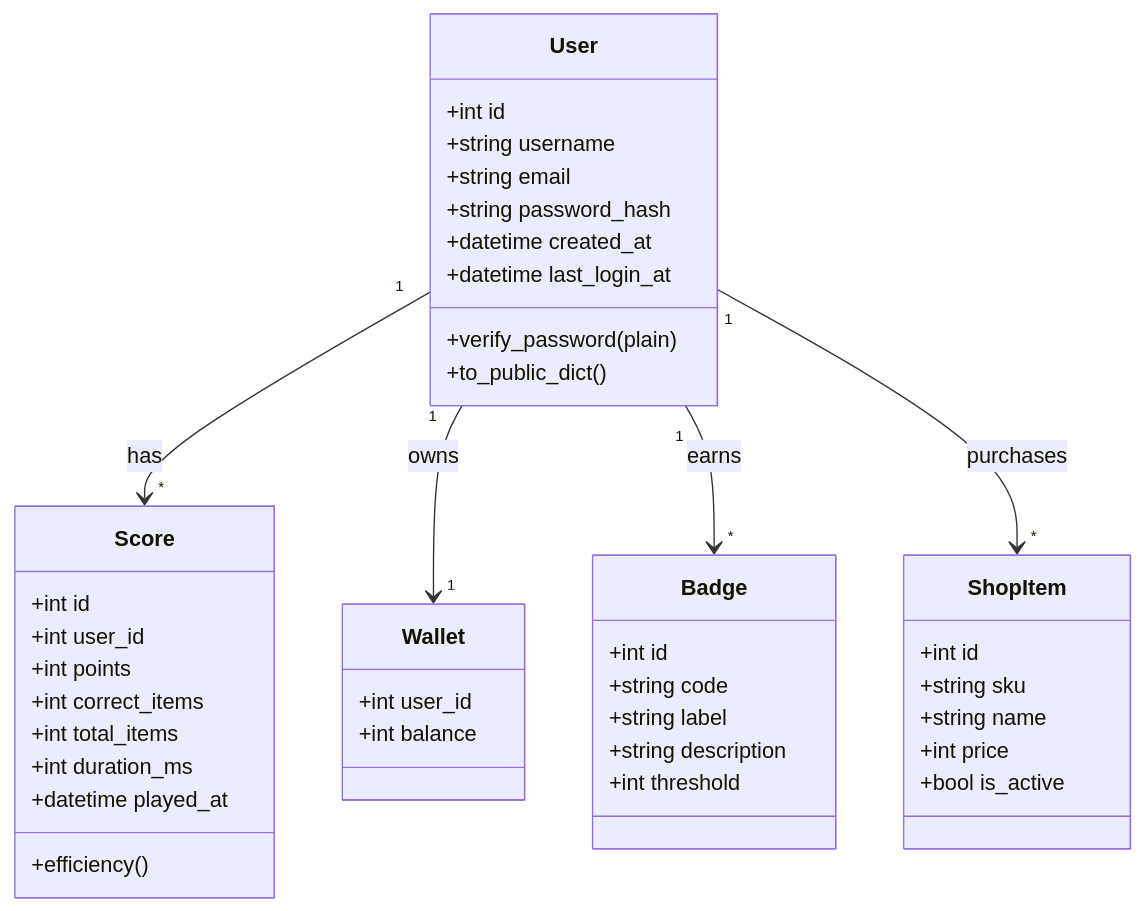
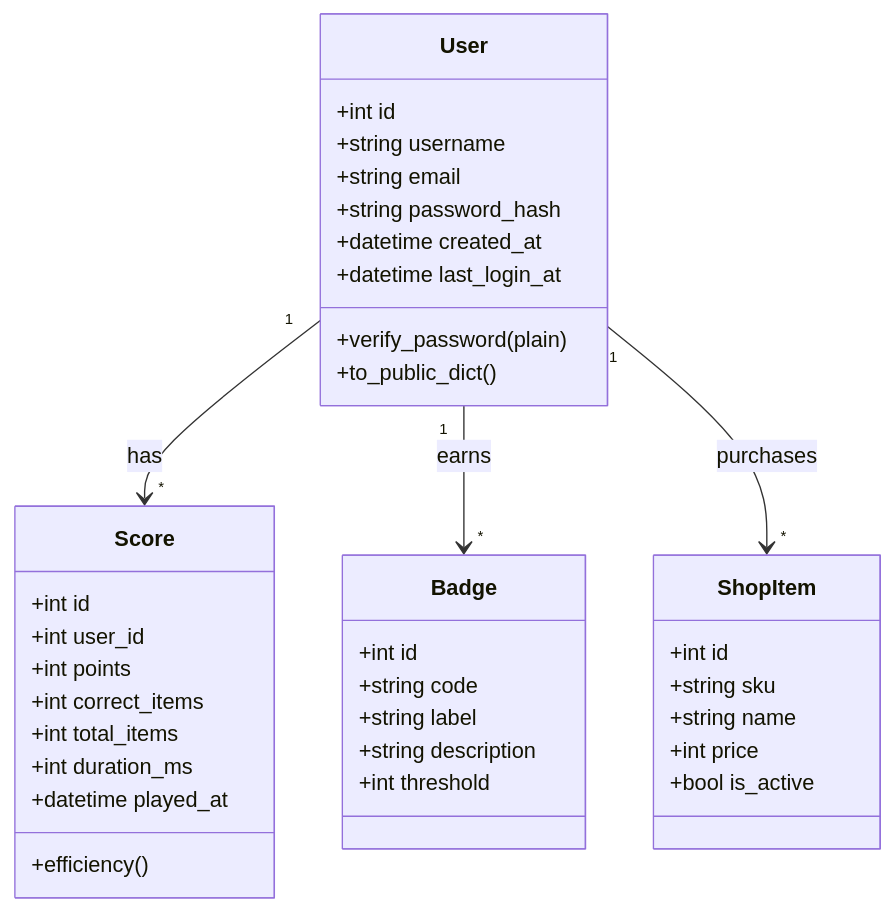
The second of 6 diagrams in Documentation/Stage3_Technical Documentation.md (StrawberSam/RecyandCo), drawn with Mermaid before and after one commit. The commit also changed other lines of this file, not shown here.

Commit message:
📝 docs: refactor Stage 3 README to remove wallet and use total_score as currency

````diff
--- a/Documentation/Stage3_Technical Documentation.md
+++ b/Documentation/Stage3_Technical Documentation.md
@@ -123,52 +109,46 @@
 ```mermaid
 classDiagram
     class User {
       +int id
       +string username
       +string email
       +string password_hash
       +datetime created_at
       +datetime last_login_at
       +verify_password(plain)
       +to_public_dict()
     }
 
     class Score {
       +int id
       +int user_id
       +int points
       +int correct_items
       +int total_items
       +int duration_ms
       +datetime played_at
       +efficiency()
     }
 
     class Badge {
       +int id
       +string code
       +string label
       +string description
       +int threshold
     }
 
     class ShopItem {
       +int id
       +string sku
       +string name
       +int price
       +bool is_active
     }
 
-    class Wallet {
-      +int user_id
-      +int balance
-    }
-
     %% Relations
     User "1" --> "*" Score : has
-    User "1" --> "1" Wallet : owns
     User "1" --> "*" Badge : earns
     User "1" --> "*" ShopItem : purchases
 
 ```
````
